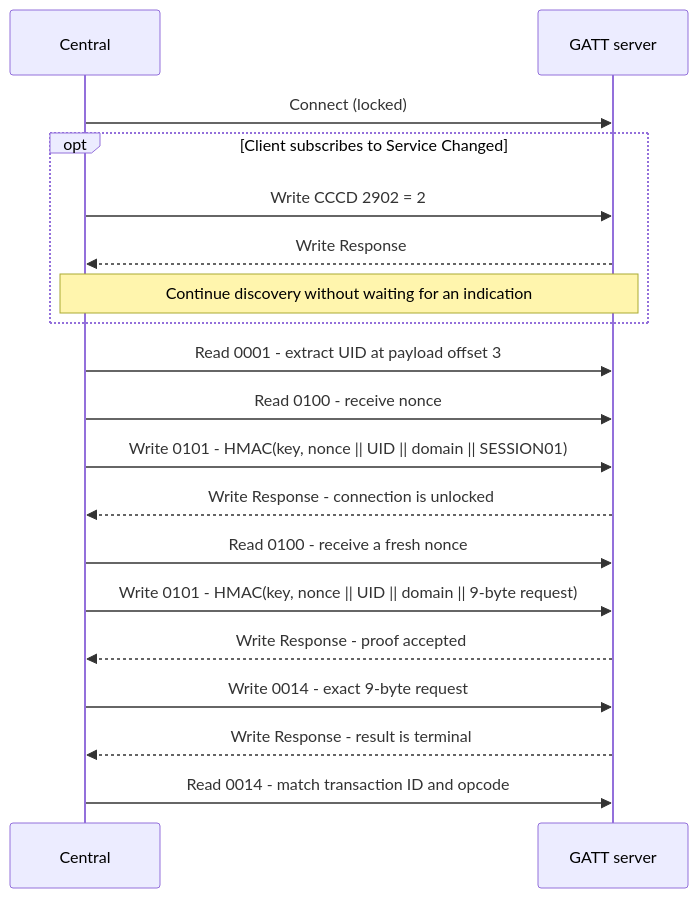
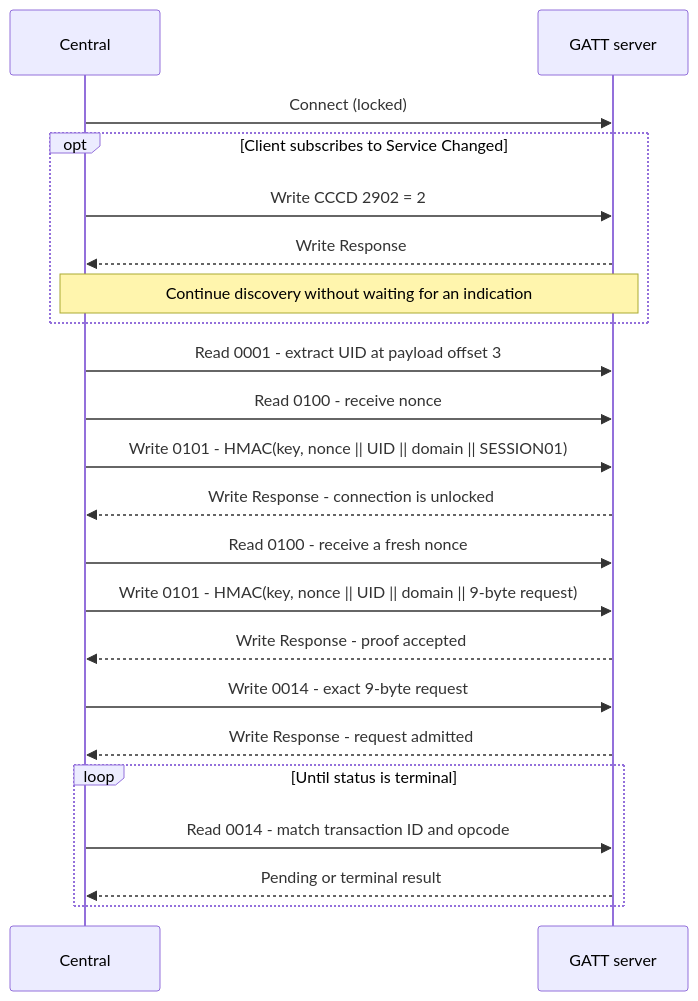
One commit to djwinter29-oss/ZephyrForge changed the diagram in docs/reference/bluetooth-le.md. Above: the diagram before and after it, drawn with Mermaid. The commit also changed other lines of this file and 173 other files, not shown here.

````diff
--- a/docs/reference/bluetooth-le.md
+++ b/docs/reference/bluetooth-le.md
@@ -247,21 +247,24 @@
 ```mermaid
 sequenceDiagram
     participant C as Central
     participant P as GATT server
     C->>P: Connect (locked)
     opt Client subscribes to Service Changed
         C->>P: Write CCCD 2902 = 2
         P-->>C: Write Response
         Note over C,P: Continue discovery without waiting for an indication
     end
     C->>P: Read 0001 - extract UID at payload offset 3
     C->>P: Read 0100 - receive nonce
     C->>P: Write 0101 - HMAC(key, nonce || UID || domain || SESSION01)
     P-->>C: Write Response - connection is unlocked
     C->>P: Read 0100 - receive a fresh nonce
     C->>P: Write 0101 - HMAC(key, nonce || UID || domain || 9-byte request)
     P-->>C: Write Response - proof accepted
     C->>P: Write 0014 - exact 9-byte request
-    P-->>C: Write Response - result is terminal
-    C->>P: Read 0014 - match transaction ID and opcode
+    P-->>C: Write Response - request admitted
+    loop Until status is terminal
+        C->>P: Read 0014 - match transaction ID and opcode
+        P-->>C: Pending or terminal result
+    end
 ```
````
